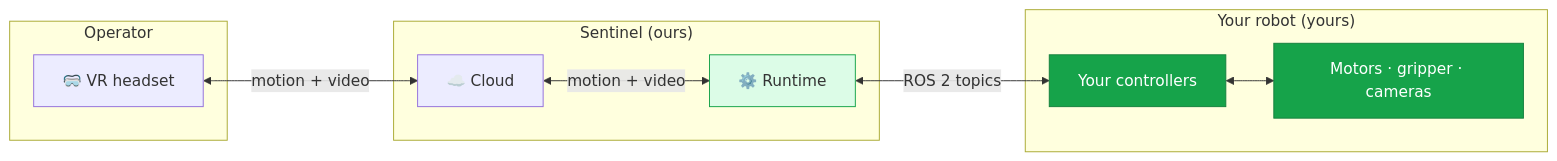
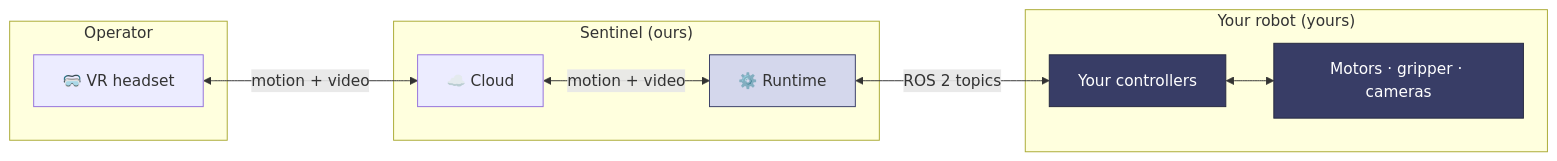
Before and after one commit to avearobotics/docs: the first of 2 diagrams in concepts/architecture.mdx, drawn with Mermaid. The commit also changed other lines of this file and 20 other files, not shown here.

````diff
--- a/concepts/architecture.mdx
+++ b/concepts/architecture.mdx
@@ -10,25 +10,25 @@
 ```mermaid
 flowchart LR
     subgraph op["Operator"]
         H["🥽 VR headset"]
     end
 
     subgraph avea["Sentinel (ours)"]
         C["☁️ Cloud"]
         RT["⚙️ Runtime"]
     end
 
     subgraph yours["Your robot (yours)"]
         CTRL["Your controllers"]
         HW["Motors · gripper · cameras"]
     end
 
     H <-->|"motion + video"| C
     C <-->|"motion + video"| RT
     RT <-->|"ROS 2 topics"| CTRL
     CTRL <--> HW
 
-    style RT fill:#dcfce7,stroke:#16A34A
-    style CTRL fill:#16A34A,color:#fff,stroke:#15803D
-    style HW fill:#16A34A,color:#fff,stroke:#15803D
+    style RT fill:#d4d7ec,stroke:#383d66
+    style CTRL fill:#383d66,color:#fff,stroke:#252840
+    style HW fill:#383d66,color:#fff,stroke:#252840
 ```
````
